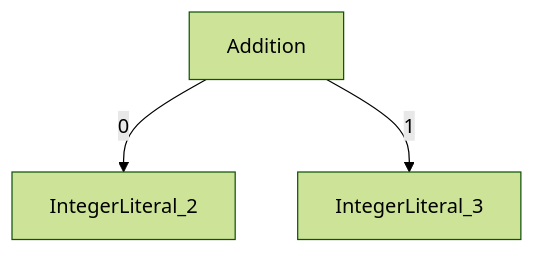
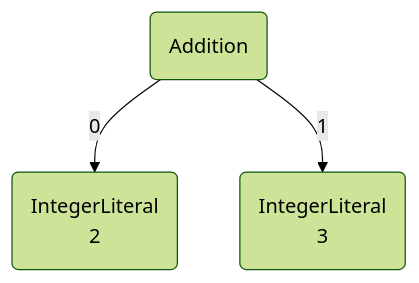
One commit to cqfn/astranaut changed the first of 2 diagrams in src/main/documents/api.md. Above: the diagram before and after it, drawn with Mermaid (forest theme). The commit also changed other lines of this file, not shown here.

````diff
--- a/src/main/documents/api.md
+++ b/src/main/documents/api.md
@@ -41,5 +58,5 @@
 ```mermaid
-  graph TD;
-      Addition -- 0 --> IntegerLiteral_2;
-      Addition -- 1 --> IntegerLiteral_3;
+graph TD;
+    A(Addition) -- 0 --> I1(IntegerLiteral<br />2);
+    A(Addition) -- 1 --> I2(IntegerLiteral<br />3);
 ```
````
